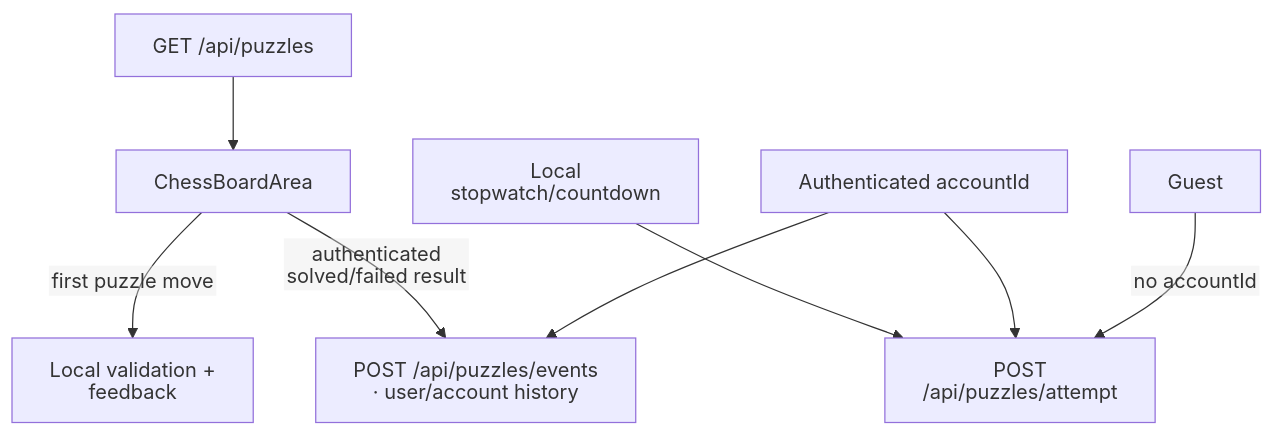
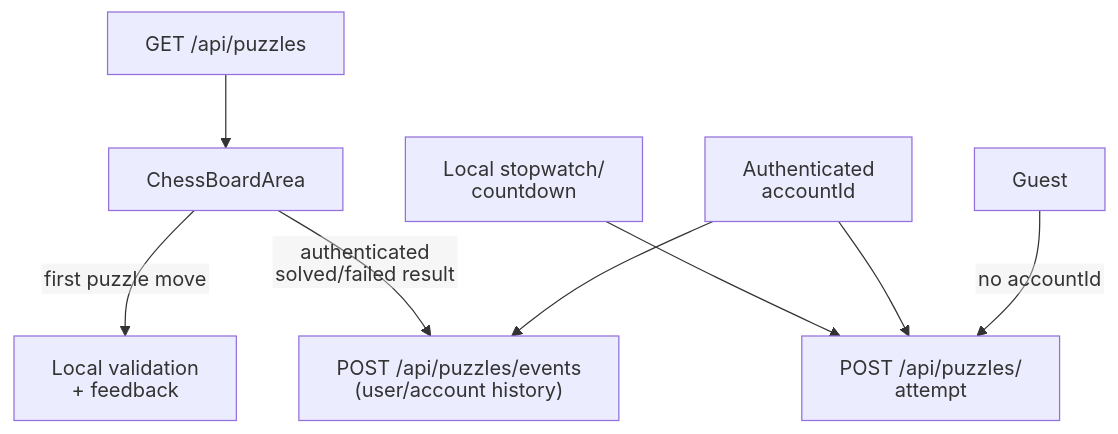
Before and after one commit to NathanZK/ChessEcho: the fourth of 5 diagrams in docs/architecture/frontend.md, drawn with Mermaid. The commit also changed other lines of this file and 13 other files, not shown here.

Commit message:
docs(architecture): reconcile ChessProbe documentation architecture, system topology, API contract, and testing specifications (#785)

````diff
--- a/docs/architecture/frontend.md
+++ b/docs/architecture/frontend.md
@@ -272,11 +273,11 @@
 ```mermaid
 %%{init: {"htmlLabels": false, "flowchart": {"htmlLabels": false, "diagramPadding": 120}}}%%
 flowchart TB
   load["GET /api/puzzles"] --> board["ChessBoardArea"]
-  board -->|"first puzzle move"| local["Local validation + feedback"]
-  board -->|"authenticated solved/failed result"| events["POST /api/puzzles/events · user/account history"]
-  timer["Local stopwatch/countdown"] --> attempt["POST /api/puzzles/attempt"]
-  account["Authenticated accountId"] --> events
+  board -->|"first puzzle move"| local["Local validation<br/>+ feedback"]
+  board -->|"authenticated solved/failed result"| events["POST /api/puzzles/events<br/>(user/account history)"]
+  timer["Local stopwatch/<br/>countdown"] --> attempt["POST /api/puzzles/<br/>attempt"]
+  account["Authenticated<br/>accountId"] --> events
   account --> attempt
   guest["Guest"] -->|"no accountId"| attempt
 ```
````
